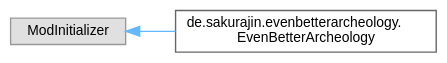
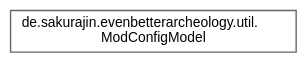
Before and after one commit to noah1510/EvenBetterArcheology: the diagram in inherit_graph_30.dot, drawn with Graphviz. The commit also changed 197 other files, not shown here.

Commit message:
Deploying to gh-pages from @ noah1510/EvenBetterArcheology@04d2051bd35b8de04aee2b8ba5a16cac231ad4d3 🚀

```diff
--- a/inherit_graph_30.dot
+++ b/inherit_graph_30.dot
@@ -1,11 +1,9 @@
 digraph "Graphical Class Hierarchy"
 {
  // LATEX_PDF_SIZE
   bgcolor="transparent";
   edge [fontname=Helvetica,fontsize=10,labelfontname=Helvetica,labelfontsize=10];
   node [fontname=Helvetica,fontsize=10,shape=box,height=0.2,width=0.4];
   rankdir="LR";
-  Node0 [label="ModInitializer",height=0.2,width=0.4,color="grey60", fillcolor="#E0E0E0", style="filled",tooltip=" "];
-  Node0 -> Node1 [dir="back",color="steelblue1",style="solid"];
-  Node1 [label="de.sakurajin.evenbetterarcheology.\lEvenBetterArcheology",height=0.2,width=0.4,color="grey40", fillcolor="white", style="filled",URL="$classde_1_1sakurajin_1_1evenbetterarcheology_1_1EvenBetterArcheology.html",tooltip=" "];
+  Node0 [label="de.sakurajin.evenbetterarcheology.util.\lModConfigModel",height=0.2,width=0.4,color="grey40", fillcolor="white", style="filled",URL="$classde_1_1sakurajin_1_1evenbetterarcheology_1_1util_1_1ModConfigModel.html",tooltip=" "];
 }
```
